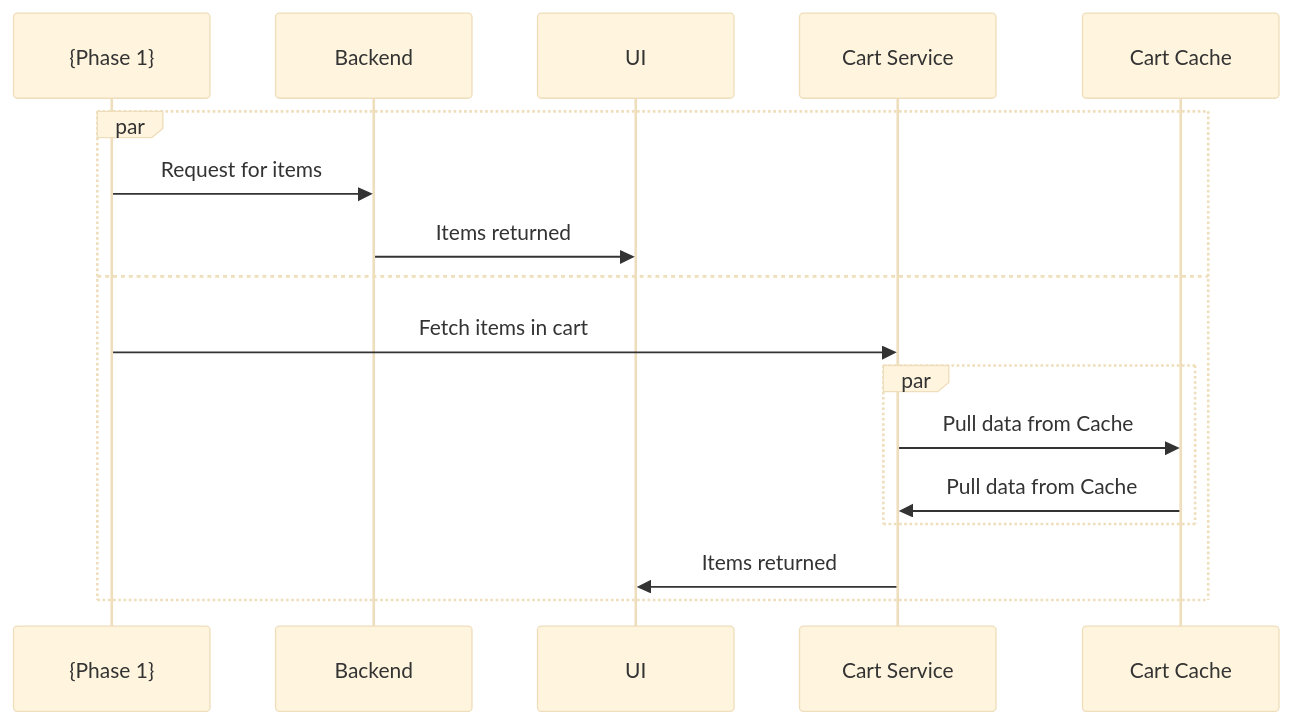
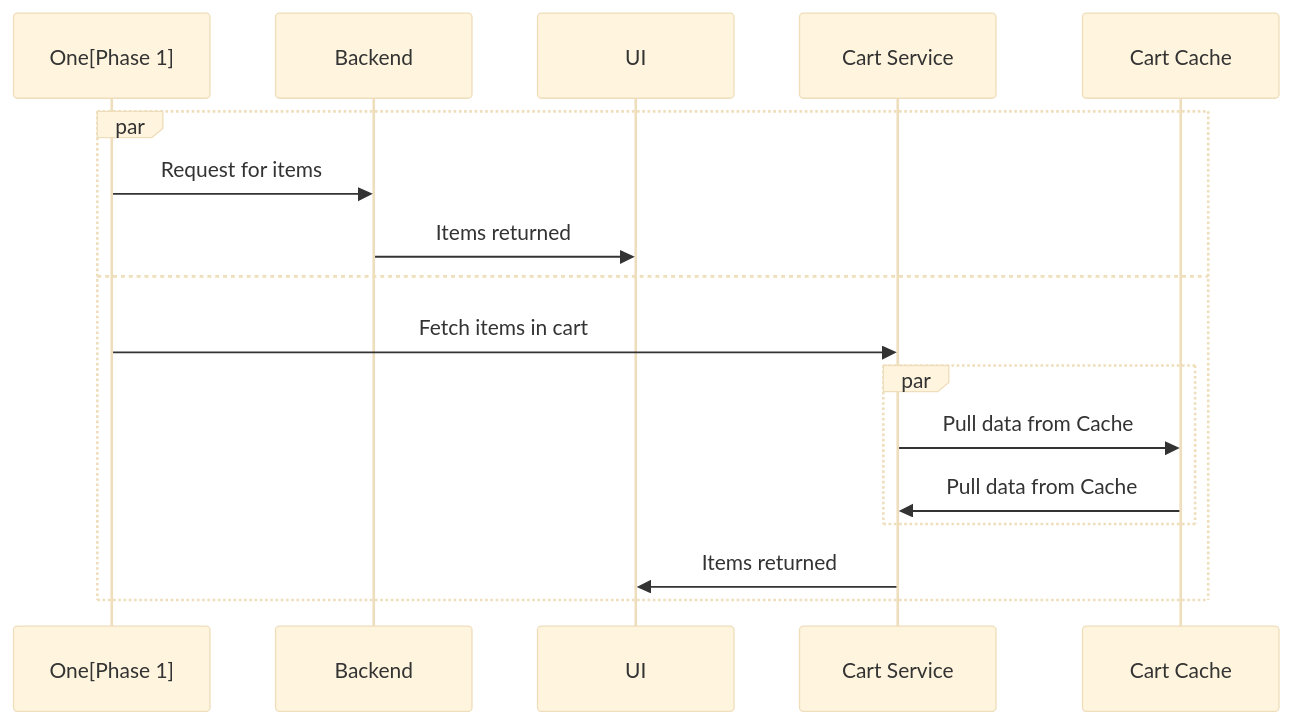
The second of 2 diagrams in blueprint.md (mgifford/mermaid-graphs), drawn with Mermaid (base theme) before and after one commit.

````diff
--- a/blueprint.md
+++ b/blueprint.md
@@ -23,14 +23,14 @@
 ```mermaid
 sequenceDiagram
     par 
-        {Phase 1}->>Backend: Request for items
+        One[Phase 1]->>Backend: Request for items
     Backend->>UI: Items returned
     and 
-         {Phase 1}->>Cart Service: Fetch items in cart
+         One[Phase 1]->>Cart Service: Fetch items in cart
         par 
             Cart Service->>Cart Cache: Pull data from Cache
             Cart Cache->>Cart Service: Pull data from Cache
         end
     Cart Service->>UI: Items returned
     end
 ```
````
